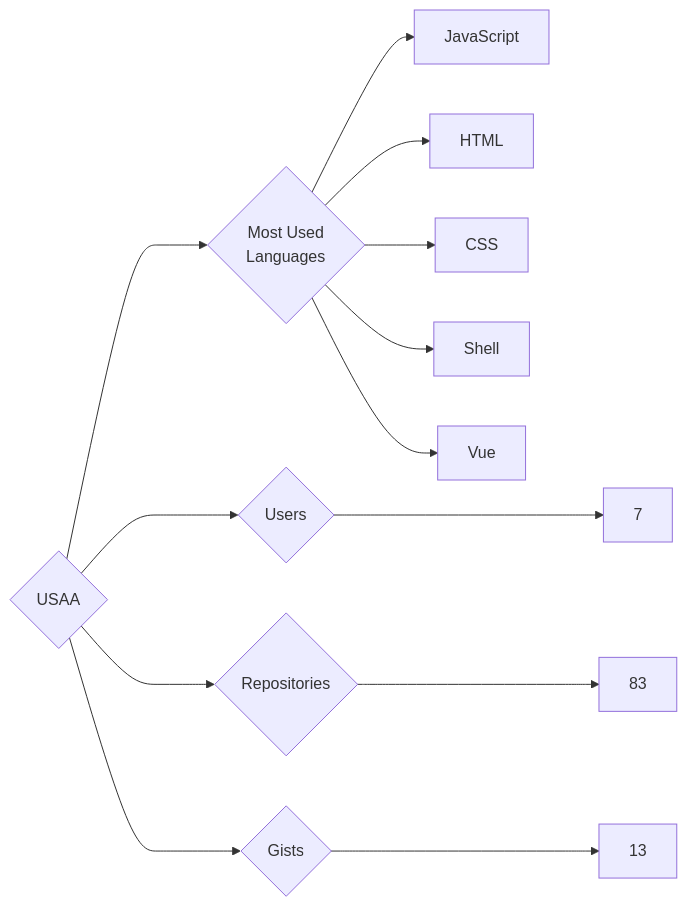
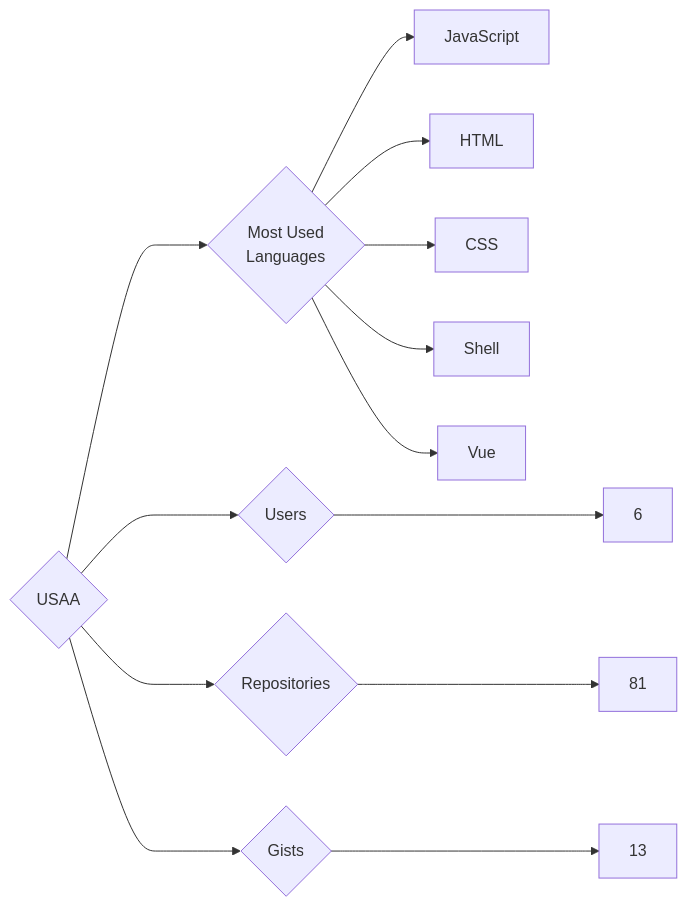
One commit to trickest/insiders changed the diagram in targets/USAA/README.md. Above: the diagram before and after it, drawn with Mermaid. The commit also changed 1389 other files, not shown here.

````diff
--- a/targets/USAA/README.md
+++ b/targets/USAA/README.md
@@ -3,13 +3,13 @@
 ```mermaid
 graph LR
 COMPANY_NAME{USAA}
-COMPANY_NAME ---> U{Users} ---> UN[7]
-COMPANY_NAME ---> R{Repositories} ---> RN[83]
+COMPANY_NAME ---> U{Users} ---> UN[6]
+COMPANY_NAME ---> R{Repositories} ---> RN[81]
 COMPANY_NAME ---> G{Gists} ---> GN[13]
 COMPANY_NAME ---> ML{Most Used<br>Languages}
 ML --> JavaScript[JavaScript]
 ML --> HTML[HTML]
 ML --> CSS[CSS]
 ML --> Shell[Shell]
 ML --> Vue[Vue]
 ```
````
